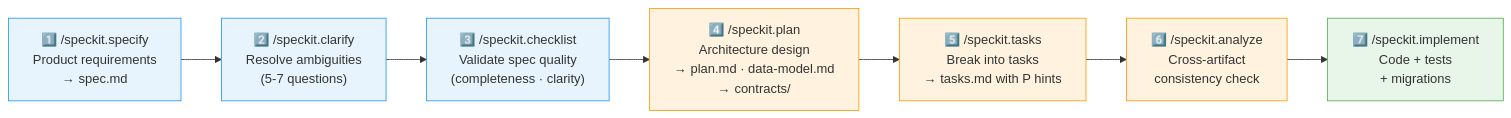
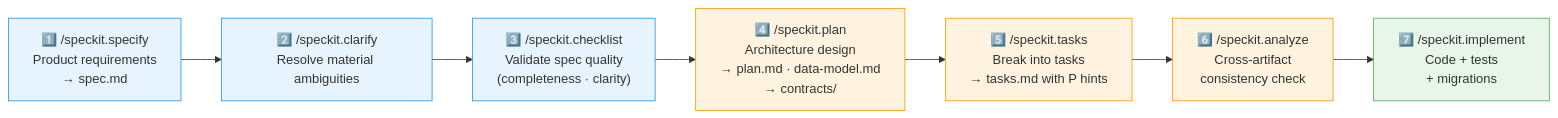
One commit to KarimMFadel/halaqaty changed the diagram in DEVELOPMENT.md. Above: the diagram before and after it, drawn with Mermaid. The commit also changed other lines of this file and 216 other files, not shown here.

````diff
--- a/DEVELOPMENT.md
+++ b/DEVELOPMENT.md
@@ -96,20 +96,20 @@
 ```mermaid
 flowchart LR
     S1["1️⃣ /speckit.specify\nProduct requirements\n→ spec.md"]
-    S2["2️⃣ /speckit.clarify\nResolve ambiguities\n(5-7 questions)"]
+    S2["2️⃣ /speckit.clarify\nResolve material ambiguities"]
     S3["3️⃣ /speckit.checklist\nValidate spec quality\n(completeness · clarity)"]
     S4["4️⃣ /speckit.plan\nArchitecture design\n→ plan.md · data-model.md\n→ contracts/"]
     S5["5️⃣ /speckit.tasks\nBreak into tasks\n→ tasks.md with P hints"]
     S6["6️⃣ /speckit.analyze\nCross-artifact\nconsistency check"]
     S7["7️⃣ /speckit.implement\nCode + tests\n+ migrations"]
 
     S1 --> S2 --> S3 --> S4 --> S5 --> S6 --> S7
 
     style S1 fill:#e8f4fd,stroke:#2196F3
     style S2 fill:#e8f4fd,stroke:#2196F3
     style S3 fill:#e8f4fd,stroke:#2196F3
     style S4 fill:#fff3e0,stroke:#FF9800
     style S5 fill:#fff3e0,stroke:#FF9800
     style S6 fill:#fff3e0,stroke:#FF9800
     style S7 fill:#e8f5e9,stroke:#4CAF50
 ```
````
